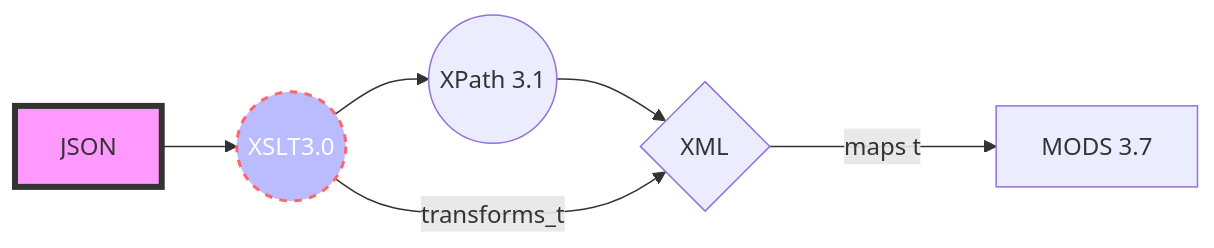
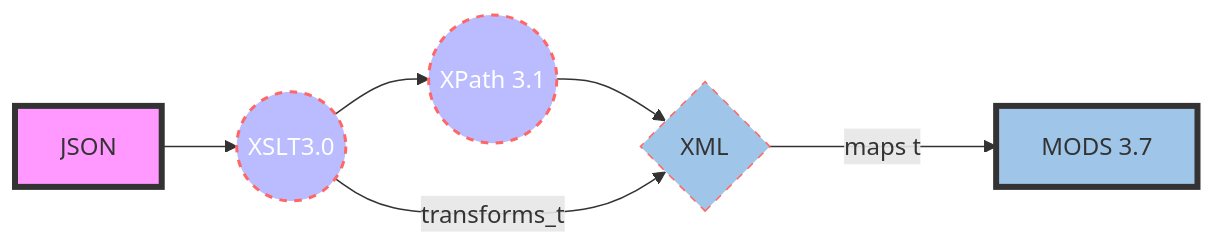
Before and after one commit to CarlosMartinez-USDA/json-to-xml: the diagram in ReadMe.md, drawn with Mermaid. The commit also changed other lines of this file, not shown here.

````diff
--- a/ReadMe.md
+++ b/ReadMe.md
@@ -22,9 +42,12 @@
 ```mermaid
-graph LR
+flowchart LR
 A[JSON] --> B((XSLT3.0))
 B-->B.1((XPath 3.1))-->C
 B --transforms_to--> C{XML}
 C --maps to--> D[MODS 3.7]
 style A fill:#f9f,stroke:#333,stroke-width:4px 
 style B fill:#bbf,stroke:#f66,stroke-width:2px,color:#fff,stroke-dasharray: 5 5
+style B.1 fill:#bbf,stroke:#f66,stroke-width:2px,color:#fff,stroke-dasharray: 5 5
+style C fill:#9fc5e8, stroke:#f66, stroke-dasharray: 5 5
+style D fill:#9fc5e8,stroke:#333,stroke-width:4px 
 ```
````
